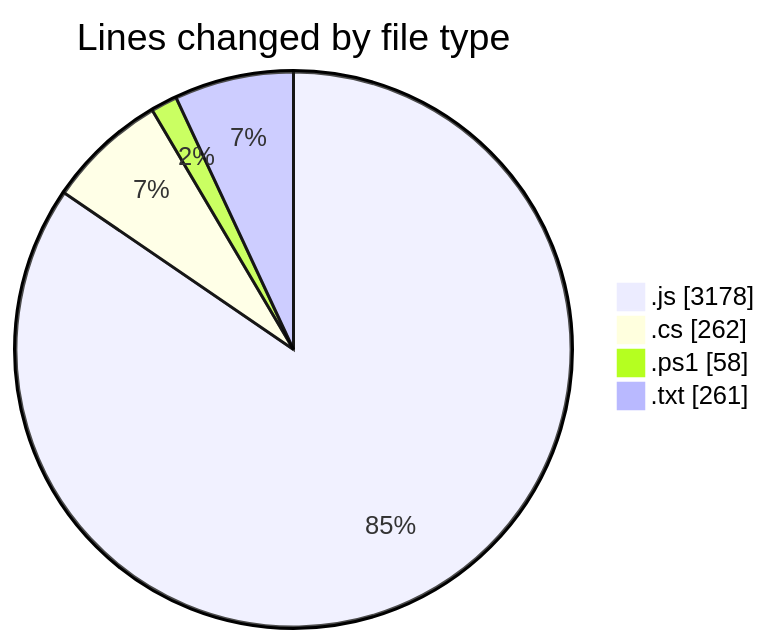
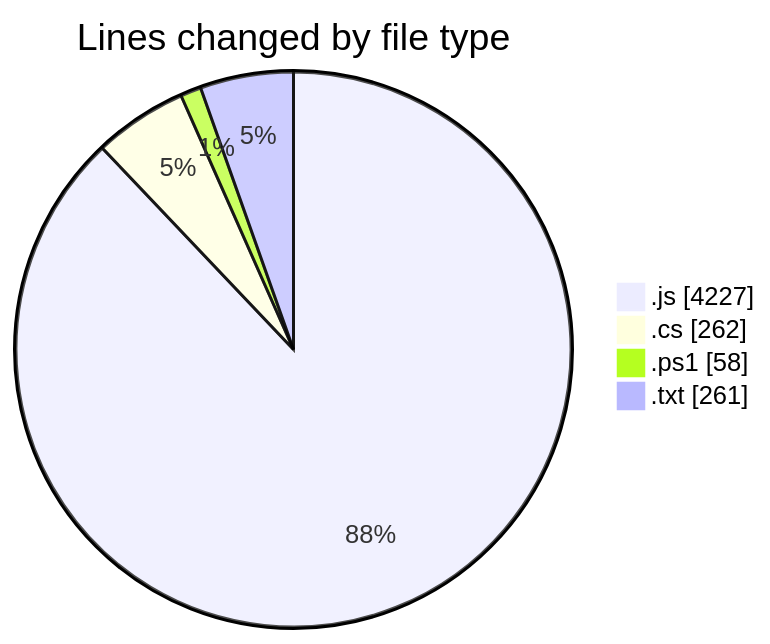
Before and after one commit to becaeroporto-bot/code-tracking: the first of 2 diagrams in 2026-02-17/bot_v1_2/README.md, drawn with Mermaid. The commit also changed other lines of this file and 1 other file, not shown here.

````diff
--- a/2026-02-17/bot_v1_2/README.md
+++ b/2026-02-17/bot_v1_2/README.md
@@ -28,8 +29,8 @@
 ```mermaid
 pie showData
 title Lines changed by file type
-".js" : 3178
+".js" : 4227
 ".cs" : 262
 ".ps1" : 58
 ".txt" : 261
 ```
````
